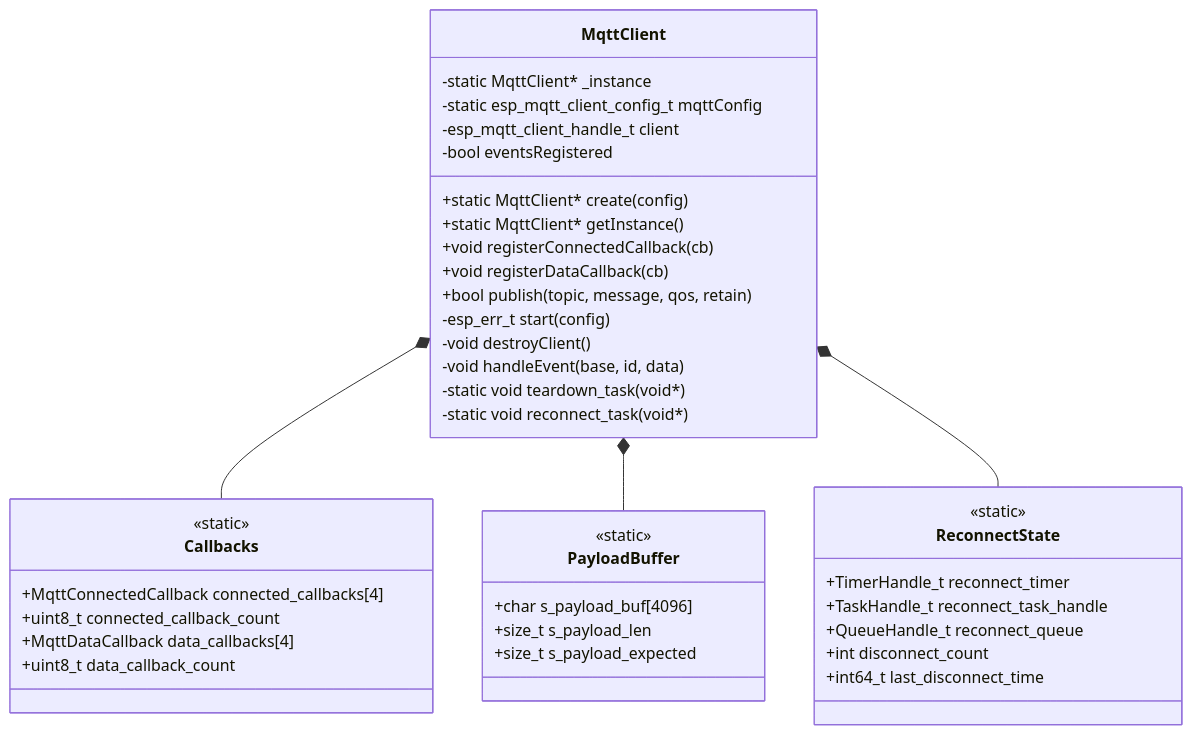
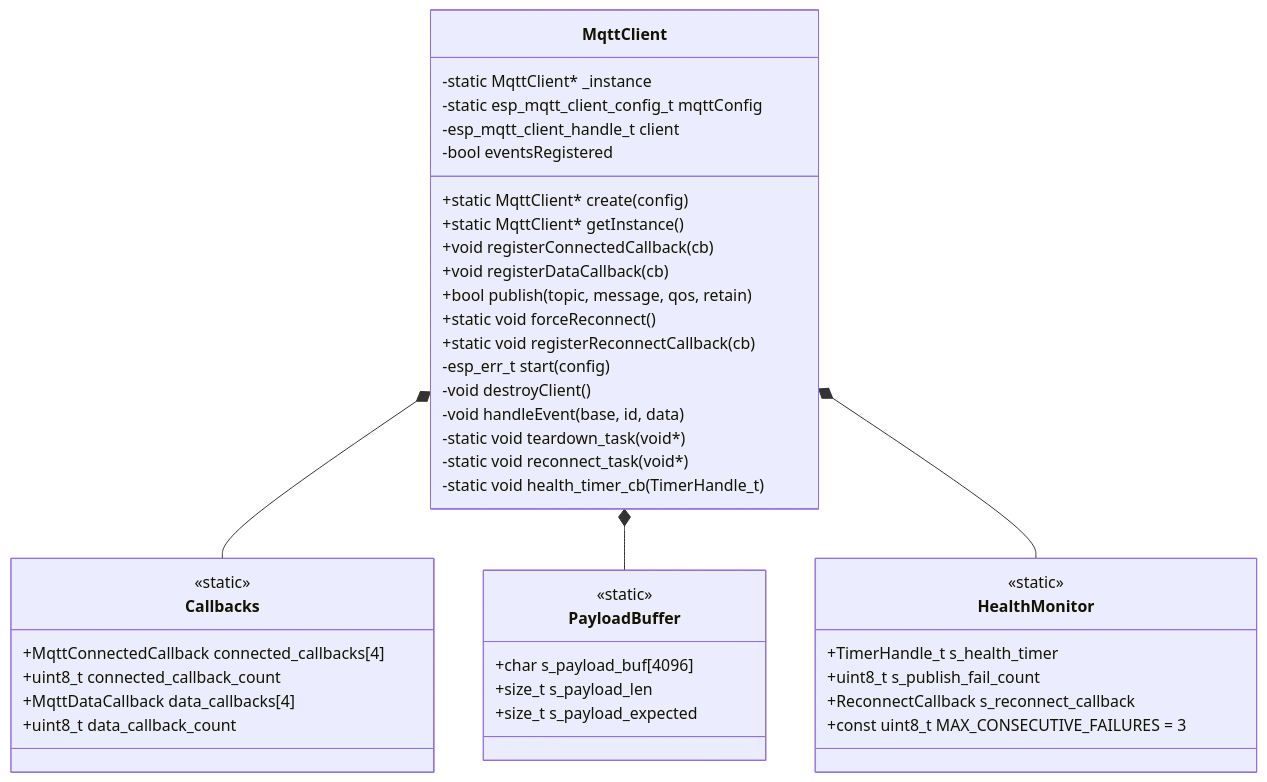
Before and after one commit to edolis/ED_MQTT: the diagram in ED_MQTT_README.md, drawn with Mermaid. The commit also changed other lines of this file, not shown here.

````diff
--- a/ED_MQTT_README.md
+++ b/ED_MQTT_README.md
@@ -31,47 +36,49 @@
 ```mermaid
 classDiagram
     class MqttClient {
         -static MqttClient* _instance
         -static esp_mqtt_client_config_t mqttConfig
         -esp_mqtt_client_handle_t client
         -bool eventsRegistered
         +static MqttClient* create(config)
         +static MqttClient* getInstance()
         +void registerConnectedCallback(cb)
         +void registerDataCallback(cb)
         +bool publish(topic, message, qos, retain)
+        +static void forceReconnect()
+        +static void registerReconnectCallback(cb)
         -esp_err_t start(config)
         -void destroyClient()
         -void handleEvent(base, id, data)
         -static void teardown_task(void*)
         -static void reconnect_task(void*)
+        -static void health_timer_cb(TimerHandle_t)
     }
 
     class Callbacks {
         <<static>>
         +MqttConnectedCallback connected_callbacks[4]
         +uint8_t connected_callback_count
         +MqttDataCallback data_callbacks[4]
         +uint8_t data_callback_count
     }
 
     class PayloadBuffer {
         <<static>>
         +char s_payload_buf[4096]
         +size_t s_payload_len
         +size_t s_payload_expected
     }
 
-    class ReconnectState {
+    class HealthMonitor {
         <<static>>
-        +TimerHandle_t reconnect_timer
-        +TaskHandle_t reconnect_task_handle
-        +QueueHandle_t reconnect_queue
-        +int disconnect_count
-        +int64_t last_disconnect_time
+        +TimerHandle_t s_health_timer
+        +uint8_t s_publish_fail_count
+        +ReconnectCallback s_reconnect_callback
+        +const uint8_t MAX_CONSECUTIVE_FAILURES = 3
     }
 
     MqttClient *-- Callbacks
     MqttClient *-- PayloadBuffer
-    MqttClient *-- ReconnectState
+    MqttClient *-- HealthMonitor
 ```
````
